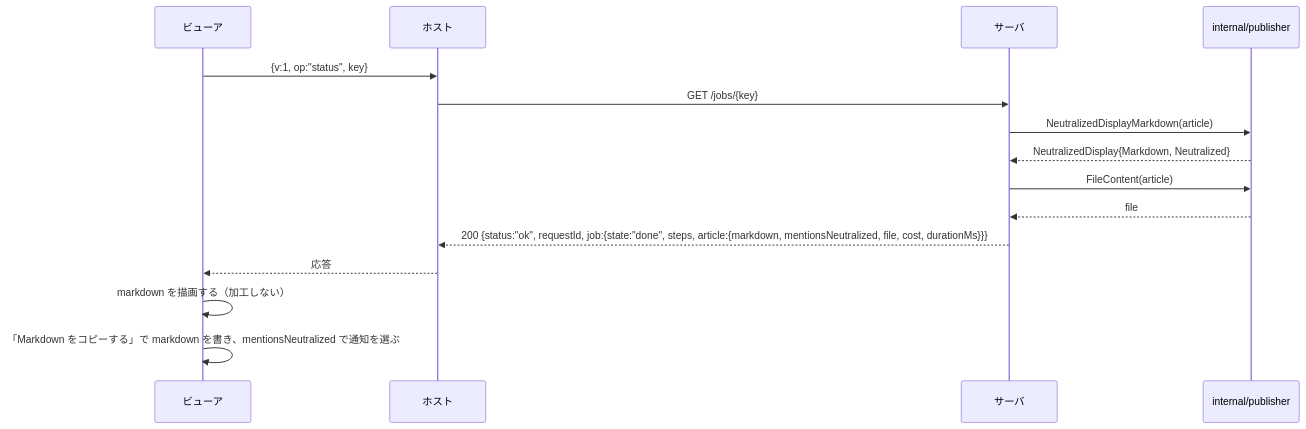
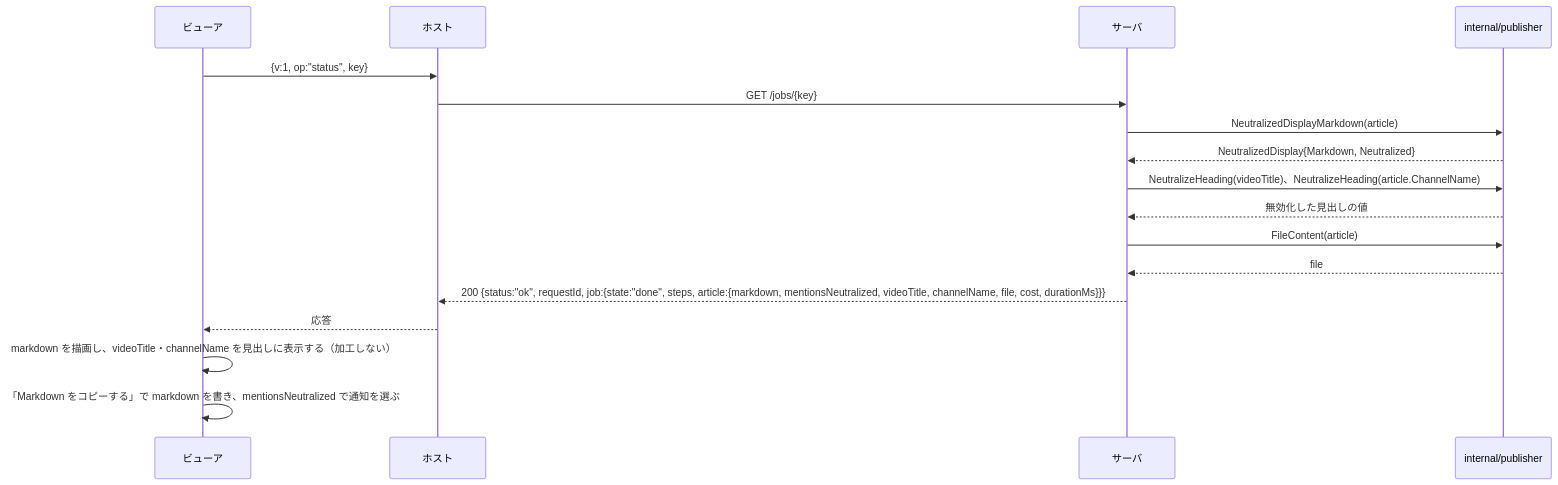
Before and after one commit to isseis/yt2column: the third of 6 diagrams in docs/tasks/0083_remove_slack_webhook/02_architecture.md, drawn with Mermaid. The commit also changed other lines of this file and 3 other files, not shown here.

First line of the commit message:
docs(0083): revise the architecture after the engineering and prose reviews

````diff
--- a/docs/tasks/0083_remove_slack_webhook/02_architecture.md
+++ b/docs/tasks/0083_remove_slack_webhook/02_architecture.md
@@ -156,18 +168,20 @@
 ```mermaid
 sequenceDiagram
     participant V as ビューア
     participant H as ホスト
     participant S as サーバ
     participant P as internal/publisher
 
     V->>H: {v:1, op:"status", key}
     H->>S: GET /jobs/{key}
     S->>P: NeutralizedDisplayMarkdown(article)
     P-->>S: NeutralizedDisplay{Markdown, Neutralized}
+    S->>P: NeutralizeHeading(videoTitle)、NeutralizeHeading(article.ChannelName)
+    P-->>S: 無効化した見出しの値
     S->>P: FileContent(article)
     P-->>S: file
-    S-->>H: 200 {status:"ok", requestId, job:{state:"done", steps, article:{markdown, mentionsNeutralized, file, cost, durationMs}}}
+    S-->>H: 200 {status:"ok", requestId, job:{state:"done", steps, article:{markdown, mentionsNeutralized, videoTitle, channelName, file, cost, durationMs}}}
     H-->>V: 応答
-    V->>V: markdown を描画する（加工しない）
+    V->>V: markdown を描画し、videoTitle・channelName を見出しに表示する（加工しない）
     V->>V: 「Markdown をコピーする」で markdown を書き、mentionsNeutralized で通知を選ぶ
 ```
````
